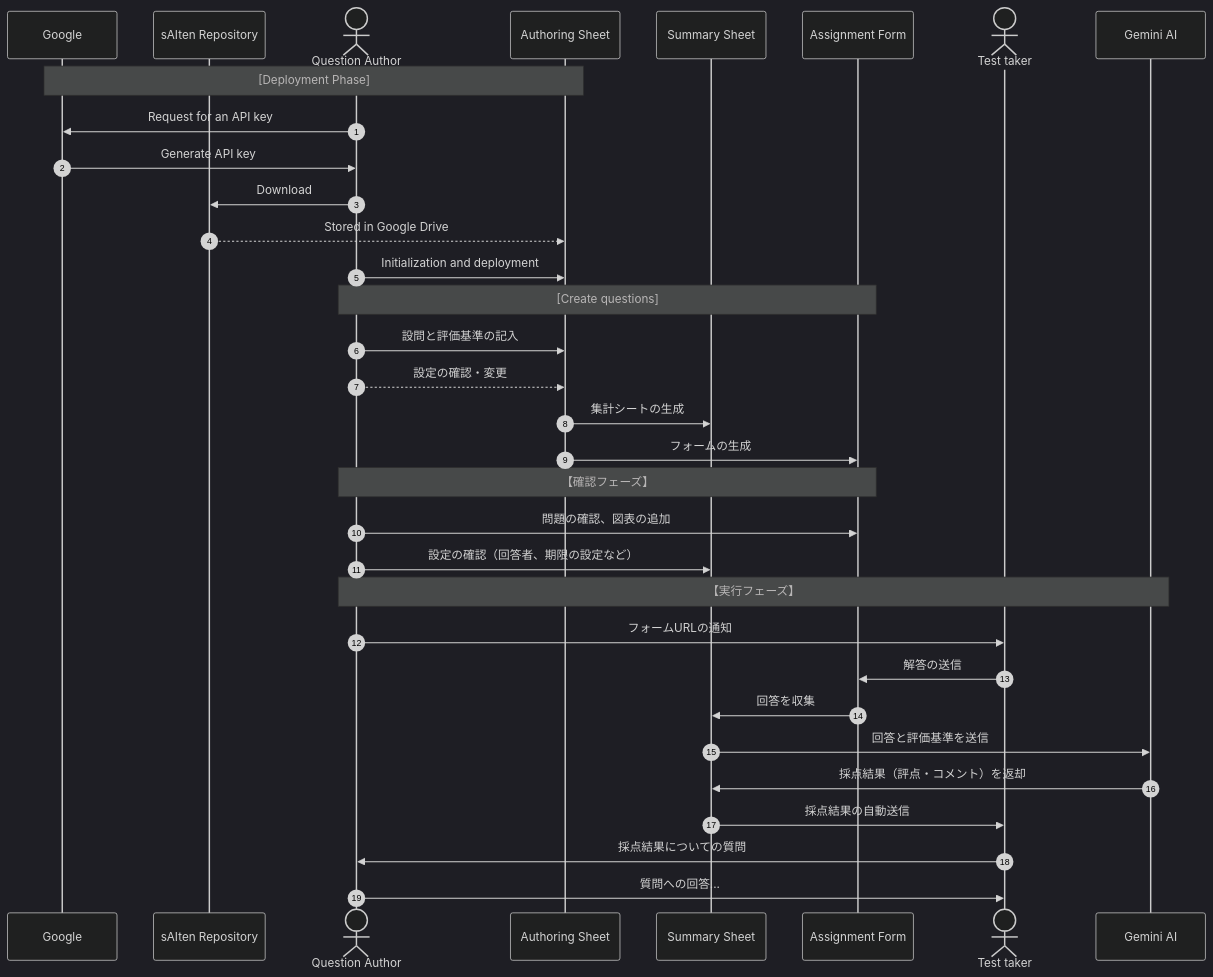
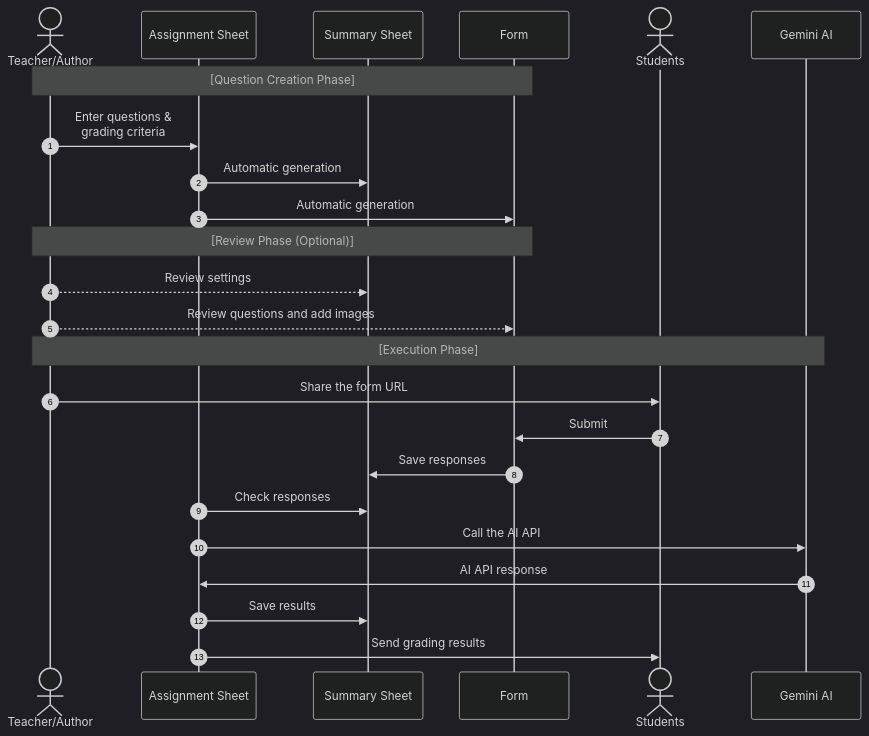
One commit to YujiSue/sAIten changed the third of 3 diagrams in README.md. Above: the diagram before and after it, drawn with Mermaid (dark theme). The commit also changed other lines of this file and 11 other files, not shown here.

````diff
--- a/README.md
+++ b/README.md
@@ -14,41 +155,30 @@
 ```mermaid
 sequenceDiagram
     autonumber
-    participant Google as Google
-    participant Repo as sAIten Repository
-    actor Author as Question Author
-    participant Main as Authoring Sheet
-    participant Score as Summary Sheet
-    participant Form as Assignment Form
-    actor Student as Test taker
+    actor Author as Teacher/Author
+    participant Main as Assignment Sheet
+    participant Summary as Summary Sheet
+    participant Form as Form
+    actor Student as Students
     participant Gemini as Gemini AI
 
-    Note over Google, Main: [Deployment Phase]
-    Author->>Google: Request for an API key
-    Google->>Author: Generate API key
-    Author->>Repo: Download
-    Repo-->>Main: Stored in Google Drive
-    Author->>Main: Initialization and deployment
+    Note over Author, Form: [Question Creation Phase]
+    Author->>Main: Enter questions &<br/>grading criteria
+    Main->>Summary: Automatic generation
+    Main->>Form: Automatic generation
 
-    Note over Author, Form: [Create questions]
-    Author->>Main: 設問と評価基準の記入
-    Author-->>Main: 設定の確認・変更
-    Main->>Score: 集計シートの生成
-    Main->>Form: フォームの生成
-
-    Note over Author, Form: 【確認フェーズ】
-    Author->>Form: 問題の確認、図表の追加
-    Author->>Score: 設定の確認（回答者、期限の設定など）
-
-    Note over Author,Gemini : 【実行フェーズ】
-    Author->>Student: フォームURLの通知
-    Student->>Form: 解答の送信
-    Form->>Score: 回答を収集
-    Score->>Gemini: 回答と評価基準を送信
-    Gemini->>Score: 採点結果（評点・コメント）を返却
-    Score->>Student: 採点結果の自動送信
-
-    Student->>Author: 採点結果についての質問
-    Author->>Student: 質問への回答...
+    Note over Author, Form: [Review Phase (Optional)]
+    Author-->>Summary: Review settings
+    Author-->>Form: Review questions and add images
+    
+    Note over Author,Gemini : [Execution Phase]
+    Author->>Student: Share the form URL
+    Student->>Form: Submit
+    Form->>Summary: Save responses
+    Main->>Summary: Check responses
+    Main->>Gemini: Call the AI API
+    Gemini->>Main: AI API response
+    Main->>Summary: Save results
+    Main->>Student: Send grading results
 
 ```
````
